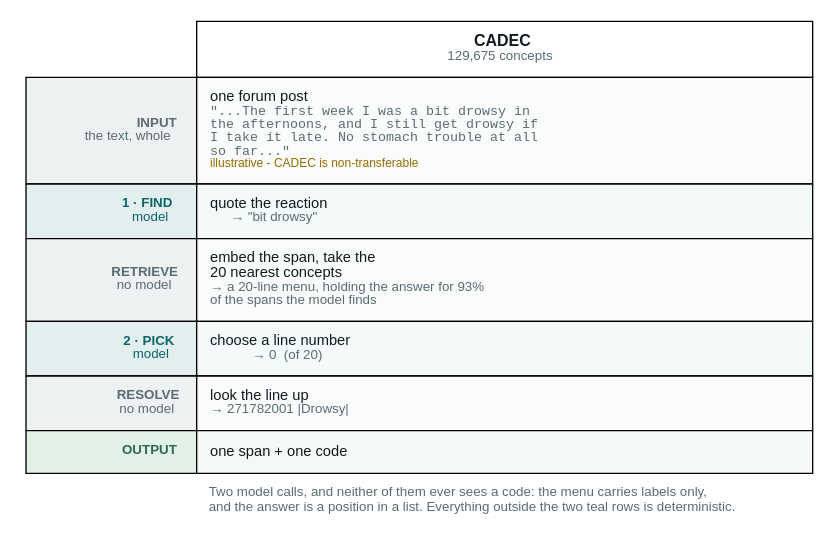
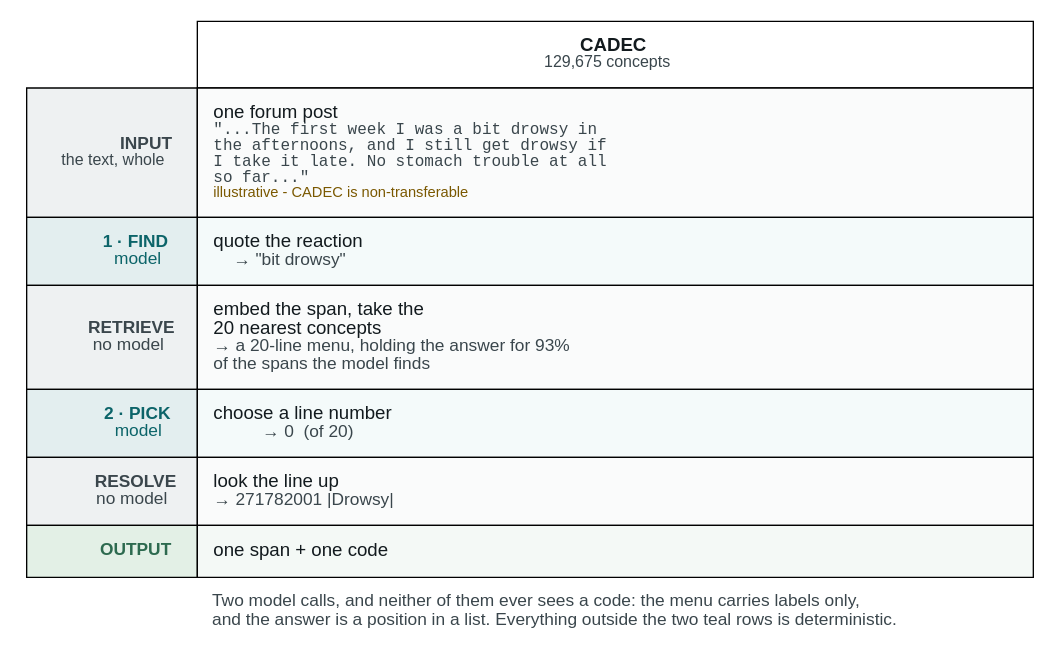
Before and after one commit to wbagais/reliability-ladder: the diagram in docs/figures/fig7-pipeline-cadec.dot, drawn with Graphviz. The commit also changed 17 other files, not shown here.

```diff
--- a/docs/figures/fig7-pipeline-cadec.dot
+++ b/docs/figures/fig7-pipeline-cadec.dot
@@ -1,51 +1,51 @@
 // The CADEC pipeline, one column (the two-corpus version is fig7-pipelines.dot): the payloads (post, JSON, menu) live in the prose, and this carries
 // only what is genuinely spatial — the order of the steps, who acts at each
 // one, and the single row where the two corpora differ.
 //
 // COLOUR KEY — consistent with fig1-wiring / fig3-loop / fig4-precondition:
 //   teal  #0c6469  a language model runs here  (a channel, NOT a verdict)
-//   grey  #5a6b73  deterministic step, no model
+//   grey  #3a464c  deterministic step, no model
 //   green #2d6a4f  the finished record
 // Amber (costs-and-does-not-earn) and red (fails) keep their article meanings
 // and are absent: nothing here is a verdict. (In the two-corpus figure the step FiNER lacks is
 // a dashed grey ghost, not amber — a step that does not exist has no cost.
 digraph pipeline_cadec {
   bgcolor="white";
   node [shape=none fontname="Helvetica"];
 
-  t [label=<<TABLE BORDER="0" CELLBORDER="1" CELLSPACING="0" CELLPADDING="9">
+  t [label=<<TABLE BORDER="0" CELLBORDER="1" CELLSPACING="0" CELLPADDING="11">
 
     <TR><TD BORDER="0"></TD>
-      <TD BGCOLOR="#ffffff" ALIGN="CENTER" WIDTH="250"><FONT POINT-SIZE="12" COLOR="#121a1e"><B>CADEC</B></FONT><BR/><FONT POINT-SIZE="10" COLOR="#5a6b73">129,675 concepts</FONT></TD>
+      <TD BGCOLOR="#ffffff" ALIGN="CENTER" WIDTH="250"><FONT POINT-SIZE="14.5" COLOR="#121a1e"><B>CADEC</B></FONT><BR/><FONT POINT-SIZE="12.5" COLOR="#3a464c">129,675 concepts</FONT></TD>
     </TR>
 
-    <TR><TD BGCOLOR="#eef1f2" ALIGN="RIGHT" WIDTH="128"><FONT POINT-SIZE="10.5" COLOR="#5a6b73"><B>INPUT</B></FONT><BR ALIGN="RIGHT"/><FONT POINT-SIZE="10" COLOR="#5a6b73">the text, whole</FONT></TD>
-      <TD BGCOLOR="#fafbfb" ALIGN="LEFT"><FONT POINT-SIZE="11.5" COLOR="#121a1e">one forum post</FONT><BR ALIGN="LEFT"/><FONT POINT-SIZE="10" FACE="Courier" COLOR="#5a6b73">"...The first week I was a bit drowsy in<BR ALIGN="LEFT"/>the afternoons, and I still get drowsy if<BR ALIGN="LEFT"/>I take it late. No stomach trouble at all<BR ALIGN="LEFT"/>so far..."</FONT><BR ALIGN="LEFT"/><FONT POINT-SIZE="9" COLOR="#946c00">illustrative - CADEC is non-transferable</FONT><BR ALIGN="LEFT"/></TD>
+    <TR><TD BGCOLOR="#eef1f2" ALIGN="RIGHT" WIDTH="128"><FONT POINT-SIZE="13" COLOR="#3a464c"><B>INPUT</B></FONT><BR ALIGN="RIGHT"/><FONT POINT-SIZE="12.5" COLOR="#3a464c">the text, whole</FONT></TD>
+      <TD BGCOLOR="#fafbfb" ALIGN="LEFT"><FONT POINT-SIZE="14" COLOR="#121a1e">one forum post</FONT><BR ALIGN="LEFT"/><FONT POINT-SIZE="12.5" FACE="Courier" COLOR="#3a464c">"...The first week I was a bit drowsy in<BR ALIGN="LEFT"/>the afternoons, and I still get drowsy if<BR ALIGN="LEFT"/>I take it late. No stomach trouble at all<BR ALIGN="LEFT"/>so far..."</FONT><BR ALIGN="LEFT"/><FONT POINT-SIZE="11.5" COLOR="#7a5800">illustrative - CADEC is non-transferable</FONT><BR ALIGN="LEFT"/></TD>
     </TR>
 
-    <TR><TD BGCOLOR="#e3eeef" ALIGN="RIGHT"><FONT POINT-SIZE="10.5" COLOR="#0c6469"><B>1 · FIND</B><BR ALIGN="RIGHT"/>model</FONT></TD>
-      <TD BGCOLOR="#f4fafa" ALIGN="LEFT"><FONT POINT-SIZE="11.5" COLOR="#121a1e">quote the reaction<BR ALIGN="LEFT"/></FONT><FONT POINT-SIZE="10.5" COLOR="#5a6b73">→ "bit drowsy"</FONT></TD>
+    <TR><TD BGCOLOR="#e3eeef" ALIGN="RIGHT"><FONT POINT-SIZE="13" COLOR="#0c6469"><B>1 · FIND</B><BR ALIGN="RIGHT"/>model</FONT></TD>
+      <TD BGCOLOR="#f4fafa" ALIGN="LEFT"><FONT POINT-SIZE="14" COLOR="#121a1e">quote the reaction<BR ALIGN="LEFT"/></FONT><FONT POINT-SIZE="13" COLOR="#3a464c">→ "bit drowsy"</FONT></TD>
     </TR>
 
-    <TR><TD BGCOLOR="#eef1f2" ALIGN="RIGHT"><FONT POINT-SIZE="10.5" COLOR="#5a6b73"><B>RETRIEVE</B><BR ALIGN="RIGHT"/>no model</FONT></TD>
-      <TD BGCOLOR="#fafbfb" ALIGN="LEFT"><FONT POINT-SIZE="11.5" COLOR="#121a1e">embed the span, take the<BR ALIGN="LEFT"/>20 nearest concepts<BR ALIGN="LEFT"/></FONT><FONT POINT-SIZE="10.5" COLOR="#5a6b73">→ a 20-line menu, holding the answer for 93%<BR ALIGN="LEFT"/>of the spans the model finds</FONT><BR ALIGN="LEFT"/></TD>
+    <TR><TD BGCOLOR="#eef1f2" ALIGN="RIGHT"><FONT POINT-SIZE="13" COLOR="#3a464c"><B>RETRIEVE</B><BR ALIGN="RIGHT"/>no model</FONT></TD>
+      <TD BGCOLOR="#fafbfb" ALIGN="LEFT"><FONT POINT-SIZE="14" COLOR="#121a1e">embed the span, take the<BR ALIGN="LEFT"/>20 nearest concepts<BR ALIGN="LEFT"/></FONT><FONT POINT-SIZE="13" COLOR="#3a464c">→ a 20-line menu, holding the answer for 93%<BR ALIGN="LEFT"/>of the spans the model finds</FONT><BR ALIGN="LEFT"/></TD>
     </TR>
 
-    <TR><TD BGCOLOR="#e3eeef" ALIGN="RIGHT"><FONT POINT-SIZE="10.5" COLOR="#0c6469"><B>2 · PICK</B><BR ALIGN="RIGHT"/>model</FONT></TD>
-      <TD BGCOLOR="#f4fafa" ALIGN="LEFT"><FONT POINT-SIZE="11.5" COLOR="#121a1e">choose a line number<BR ALIGN="LEFT"/></FONT><FONT POINT-SIZE="10.5" COLOR="#5a6b73">→ 0 &#160;(of 20)</FONT></TD>
+    <TR><TD BGCOLOR="#e3eeef" ALIGN="RIGHT"><FONT POINT-SIZE="13" COLOR="#0c6469"><B>2 · PICK</B><BR ALIGN="RIGHT"/>model</FONT></TD>
+      <TD BGCOLOR="#f4fafa" ALIGN="LEFT"><FONT POINT-SIZE="14" COLOR="#121a1e">choose a line number<BR ALIGN="LEFT"/></FONT><FONT POINT-SIZE="13" COLOR="#3a464c">→ 0 &#160;(of 20)</FONT></TD>
     </TR>
 
-    <TR><TD BGCOLOR="#eef1f2" ALIGN="RIGHT"><FONT POINT-SIZE="10.5" COLOR="#5a6b73"><B>RESOLVE</B><BR ALIGN="RIGHT"/>no model</FONT></TD>
-      <TD BGCOLOR="#fafbfb" ALIGN="LEFT"><FONT POINT-SIZE="11.5" COLOR="#121a1e">look the line up<BR ALIGN="LEFT"/></FONT><FONT POINT-SIZE="10.5" COLOR="#5a6b73">→ 271782001 |Drowsy|</FONT></TD>
+    <TR><TD BGCOLOR="#eef1f2" ALIGN="RIGHT"><FONT POINT-SIZE="13" COLOR="#3a464c"><B>RESOLVE</B><BR ALIGN="RIGHT"/>no model</FONT></TD>
+      <TD BGCOLOR="#fafbfb" ALIGN="LEFT"><FONT POINT-SIZE="14" COLOR="#121a1e">look the line up<BR ALIGN="LEFT"/></FONT><FONT POINT-SIZE="13" COLOR="#3a464c">→ 271782001 |Drowsy|</FONT></TD>
     </TR>
 
-    <TR><TD BGCOLOR="#e3f0e6" ALIGN="RIGHT"><FONT POINT-SIZE="10.5" COLOR="#2d6a4f"><B>OUTPUT</B></FONT></TD>
-      <TD BGCOLOR="#f4f9f6" ALIGN="LEFT"><FONT POINT-SIZE="11.5" COLOR="#121a1e">one span + one code</FONT></TD>
+    <TR><TD BGCOLOR="#e3f0e6" ALIGN="RIGHT"><FONT POINT-SIZE="13" COLOR="#2d6a4f"><B>OUTPUT</B></FONT></TD>
+      <TD BGCOLOR="#f4f9f6" ALIGN="LEFT"><FONT POINT-SIZE="14" COLOR="#121a1e">one span + one code</FONT></TD>
     </TR>
 
     <TR><TD BORDER="0"></TD>
-      <TD BORDER="0" ALIGN="LEFT"><FONT POINT-SIZE="10.5" COLOR="#5a6b73">Two model calls, and neither of them ever sees a code: the menu carries labels only,<BR ALIGN="LEFT"/>and the answer is a position in a list. Everything outside the two teal rows is deterministic.</FONT><BR ALIGN="LEFT"/></TD>
+      <TD BORDER="0" ALIGN="LEFT"><FONT POINT-SIZE="13" COLOR="#3a464c">Two model calls, and neither of them ever sees a code: the menu carries labels only,<BR ALIGN="LEFT"/>and the answer is a position in a list. Everything outside the two teal rows is deterministic.</FONT><BR ALIGN="LEFT"/></TD>
     </TR>
 
   </TABLE>>];
 }
```
